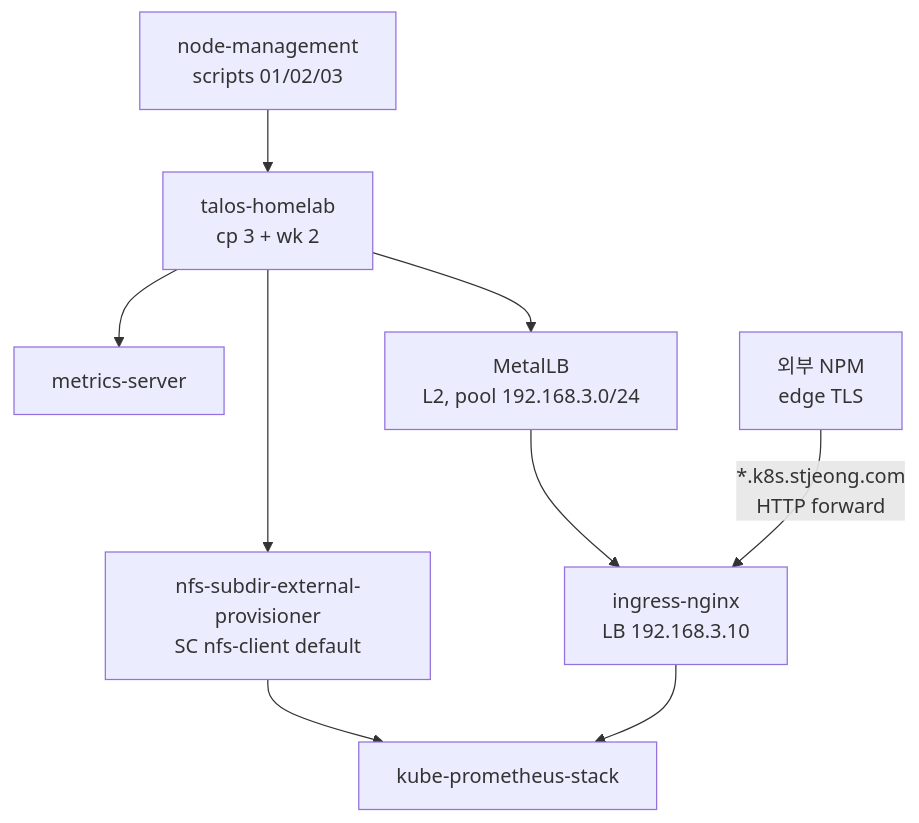
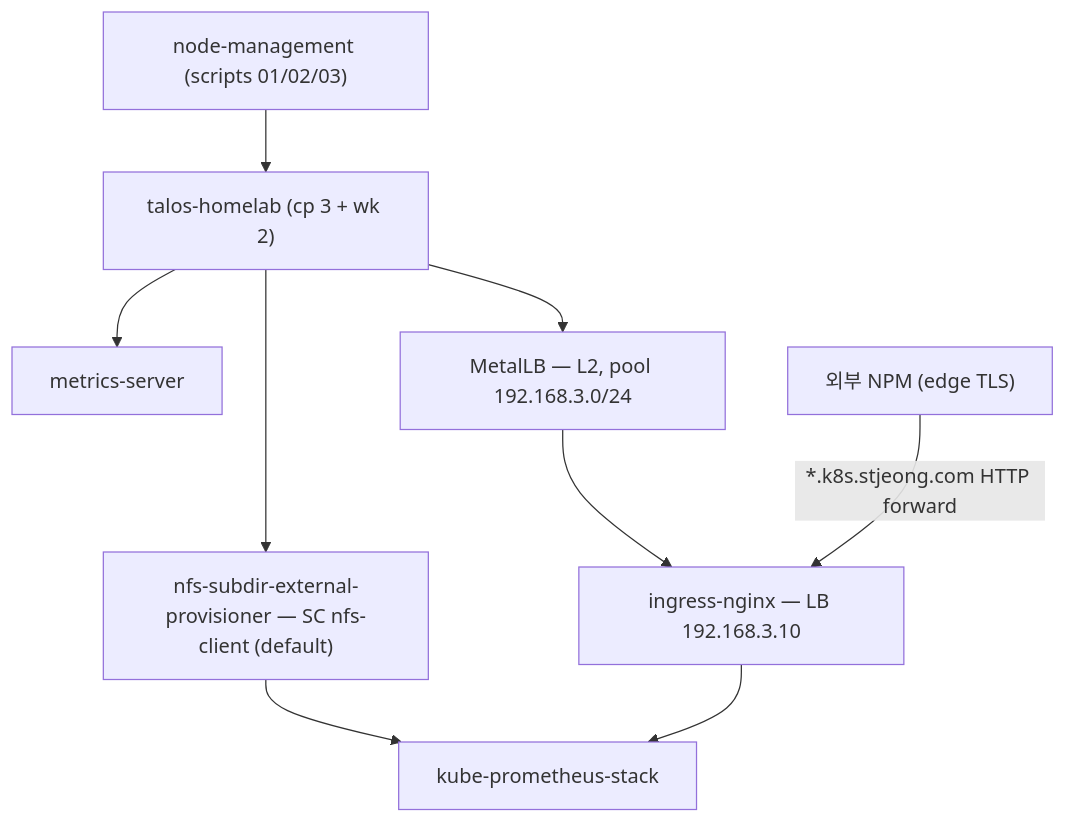
One commit to nineking424/k8s-ops changed the diagram in docs/concepts/architecture.md. Above: the diagram before and after it, drawn with Mermaid. The commit also changed 4 other files, not shown here.

First line of the commit message:
docs: fix broken mermaid diagrams on published site

````diff
--- a/docs/concepts/architecture.md
+++ b/docs/concepts/architecture.md
@@ -22,11 +22,11 @@
 ```mermaid
 flowchart TD
-    nm[node-management<br/>scripts 01/02/03] --> cluster[talos-homelab<br/>cp 3 + wk 2]
-    cluster --> ms[metrics-server]
-    cluster --> nfs[nfs-subdir-external-provisioner<br/>SC nfs-client default]
-    cluster --> mlb[MetalLB<br/>L2, pool 192.168.3.0/24]
-    mlb --> ing[ingress-nginx<br/>LB 192.168.3.10]
-    nfs --> kps[kube-prometheus-stack]
+    nm["node-management (scripts 01/02/03)"] --> cluster["talos-homelab (cp 3 + wk 2)"]
+    cluster --> ms["metrics-server"]
+    cluster --> nfs["nfs-subdir-external-provisioner — SC nfs-client (default)"]
+    cluster --> mlb["MetalLB — L2, pool 192.168.3.0/24"]
+    mlb --> ing["ingress-nginx — LB 192.168.3.10"]
+    nfs --> kps["kube-prometheus-stack"]
     ing --> kps
-    npm[외부 NPM<br/>edge TLS] -->|*.k8s.stjeong.com<br/>HTTP forward| ing
+    npm["외부 NPM (edge TLS)"] -->|"*.k8s.stjeong.com HTTP forward"| ing
 ```
````
